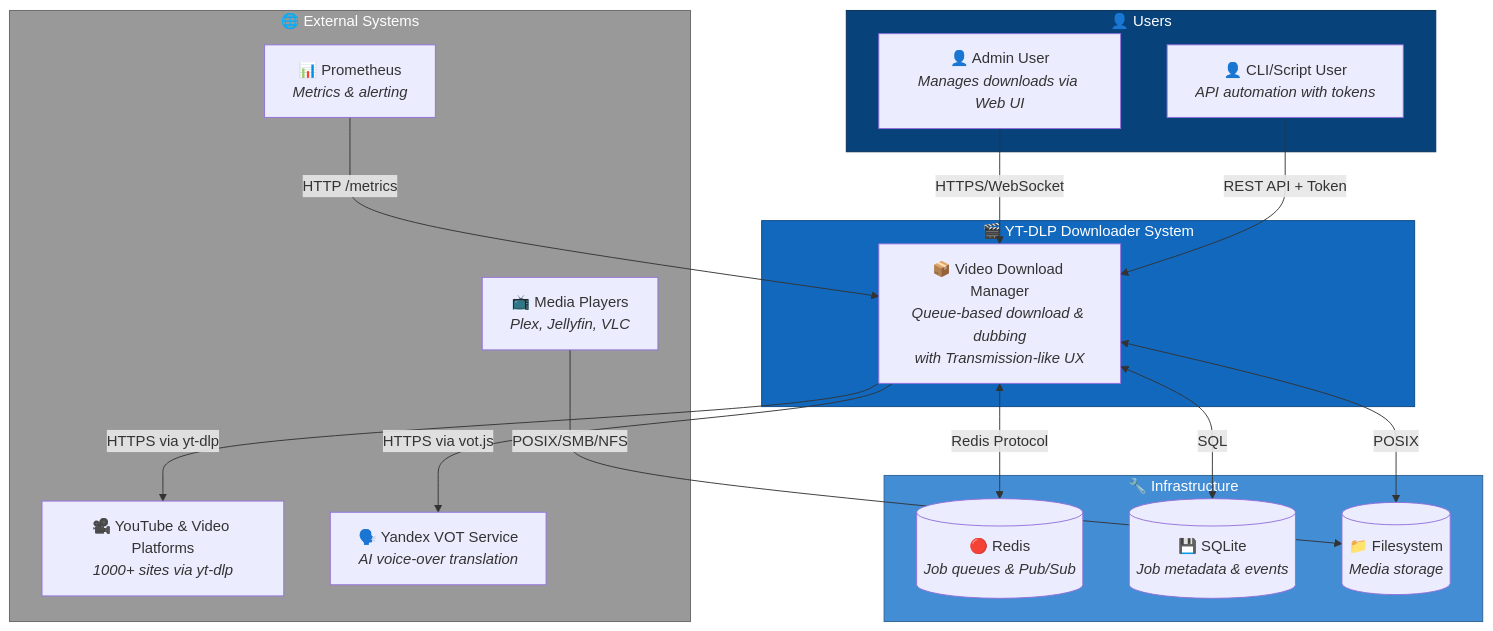
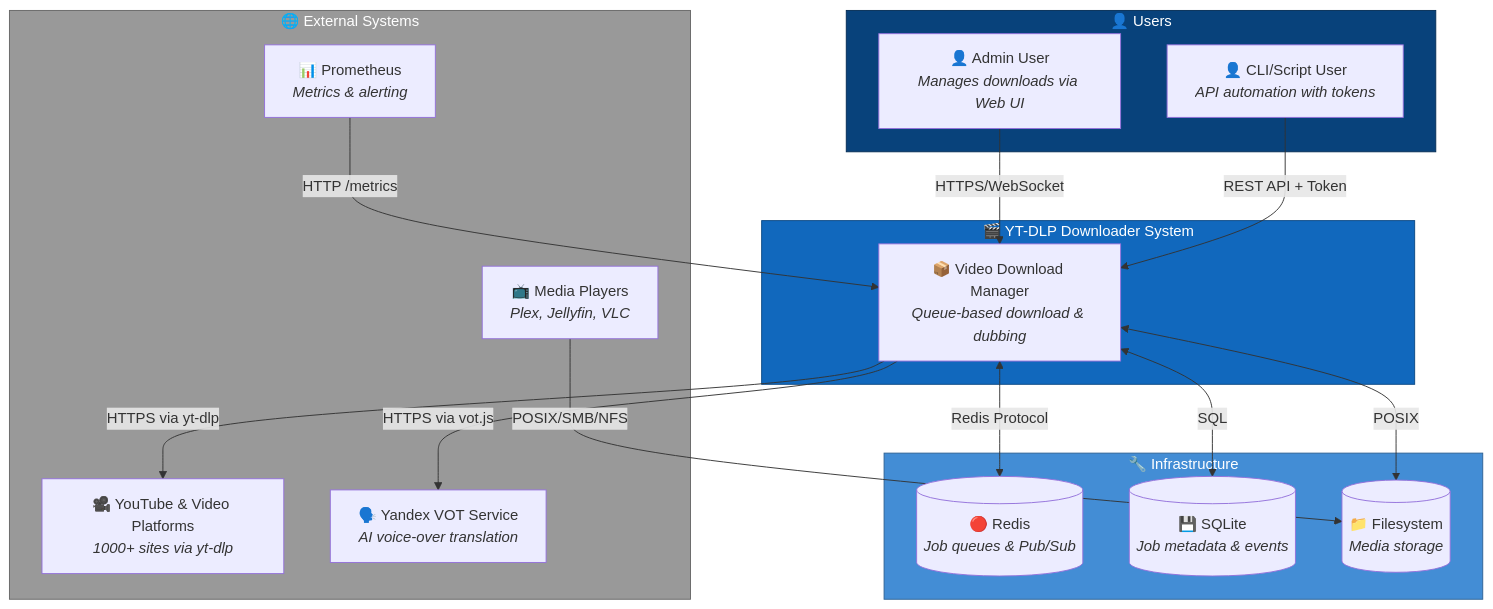
One commit to vpikus/vdm-ai-dubbing changed the diagram in C4-Documentation/c4-context.md. Above: the diagram before and after it, drawn with Mermaid. The commit also changed other lines of this file and 11 other files, not shown here.

````diff
--- a/C4-Documentation/c4-context.md
+++ b/C4-Documentation/c4-context.md
@@ -271,41 +271,41 @@
 ```mermaid
 flowchart TB
     subgraph Users["👤 Users"]
         admin["👤 Admin User<br/><i>Manages downloads via Web UI</i>"]
         script_user["👤 CLI/Script User<br/><i>API automation with tokens</i>"]
     end
 
     subgraph System["🎬 YT-DLP Downloader System"]
-        downloader_system["📦 Video Download Manager<br/><i>Queue-based download & dubbing<br/>with Transmission-like UX</i>"]
+        downloader_system["📦 Video Download Manager<br/><i>Queue-based download & dubbing</i>"]
     end
 
     subgraph ExternalSystems["🌐 External Systems"]
         youtube["🎥 YouTube & Video Platforms<br/><i>1000+ sites via yt-dlp</i>"]
         yandex_vot["🗣️ Yandex VOT Service<br/><i>AI voice-over translation</i>"]
         media_player["📺 Media Players<br/><i>Plex, Jellyfin, VLC</i>"]
         prometheus["📊 Prometheus<br/><i>Metrics & alerting</i>"]
     end
 
     subgraph Infrastructure["🔧 Infrastructure"]
         redis[("🔴 Redis<br/><i>Job queues & Pub/Sub</i>")]
         sqlite[("💾 SQLite<br/><i>Job metadata & events</i>")]
         filesystem[("📁 Filesystem<br/><i>Media storage</i>")]
     end
 
     admin -->|"HTTPS/WebSocket"| downloader_system
     script_user -->|"REST API + Token"| downloader_system
 
     downloader_system -->|"HTTPS via yt-dlp"| youtube
     downloader_system -->|"HTTPS via vot.js"| yandex_vot
     downloader_system <-->|"Redis Protocol"| redis
     downloader_system <-->|"SQL"| sqlite
     downloader_system <-->|"POSIX"| filesystem
 
     media_player -->|"POSIX/SMB/NFS"| filesystem
     prometheus -->|"HTTP /metrics"| downloader_system
 
     style System fill:#1168bd,stroke:#0b4884,color:#fff
     style Users fill:#08427b,stroke:#052e56,color:#fff
     style ExternalSystems fill:#999999,stroke:#666666,color:#fff
     style Infrastructure fill:#438dd5,stroke:#2e6295,color:#fff
 ```
````
